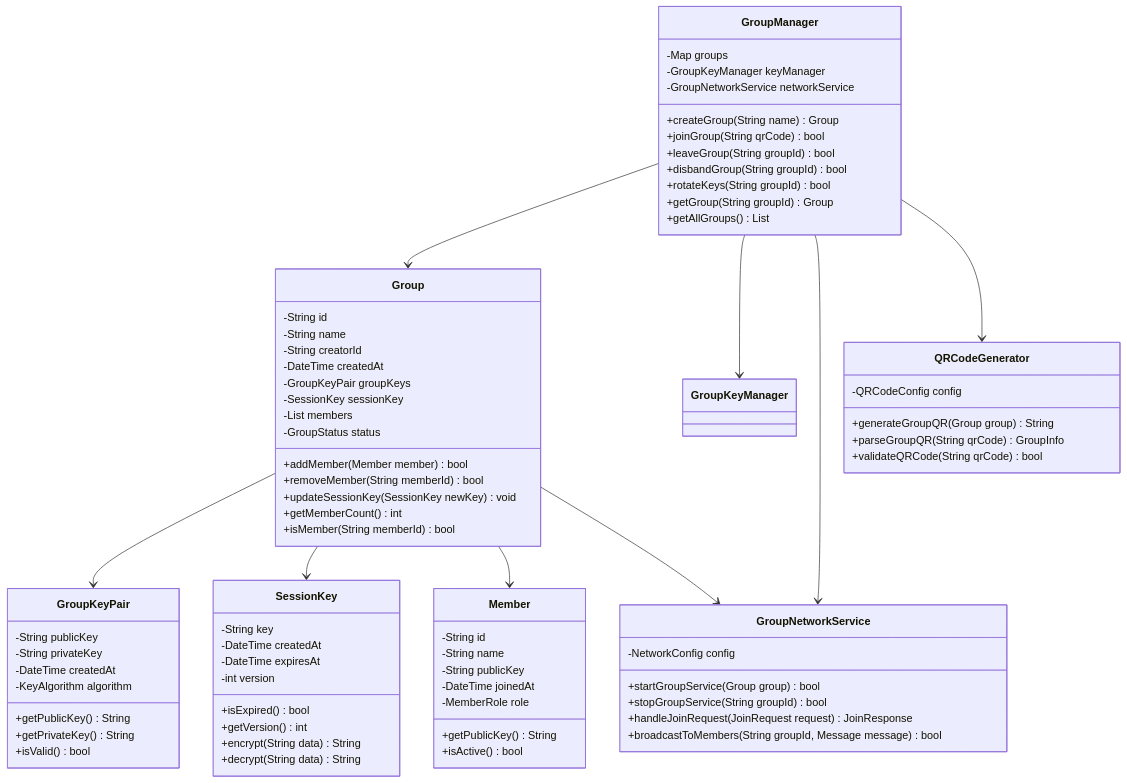
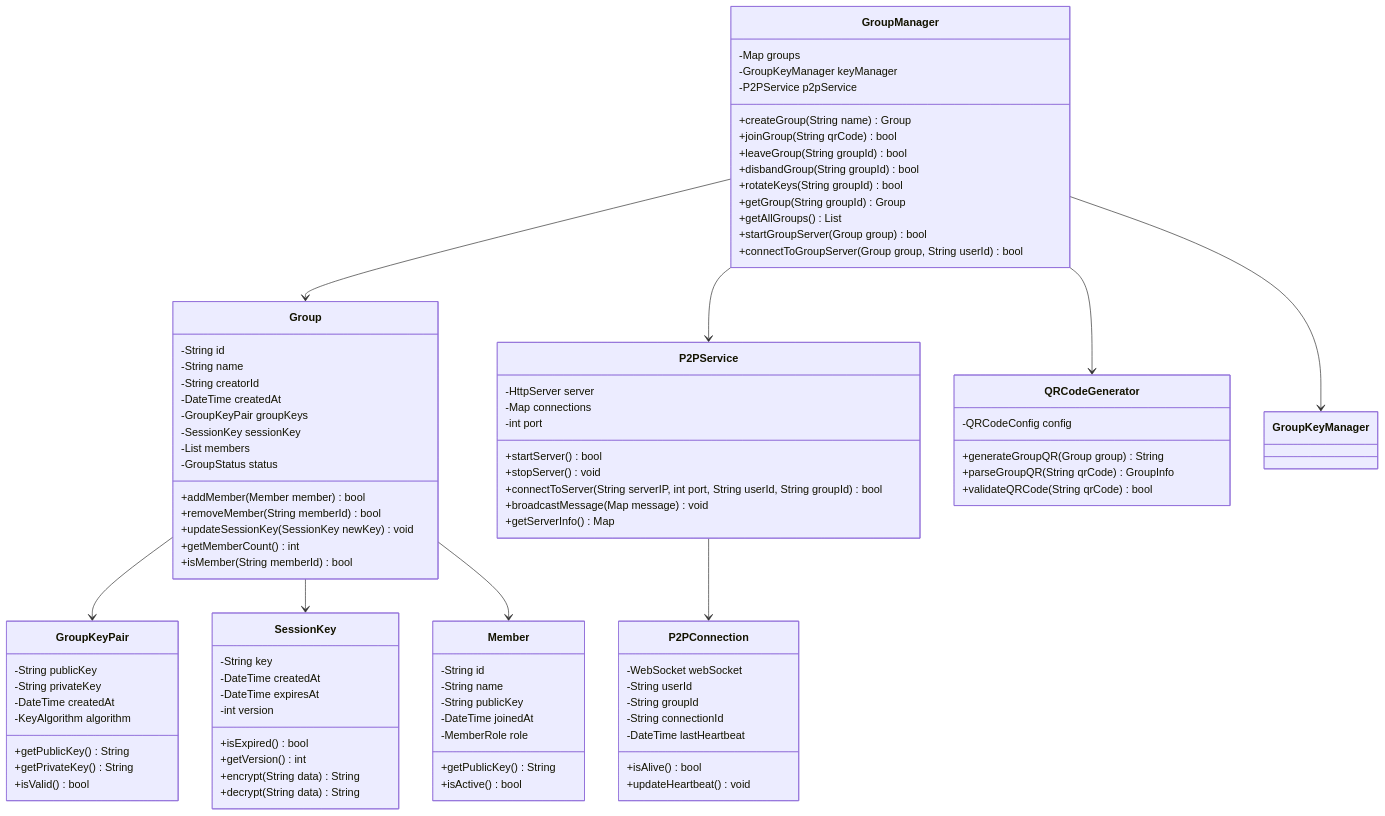
The first of 4 diagrams in 模块设计文档/01-群组管理模块详细设计.md (JOHNKING123/MyTestApp), drawn with Mermaid before and after one commit. The commit also changed other lines of this file and 9 other files, not shown here.

````diff
--- a/模块设计文档/01-群组管理模块详细设计.md
+++ b/模块设计文档/01-群组管理模块详细设计.md
@@ -13,7 +13,7 @@
     class GroupManager {
         -Map<String, Group> groups
         -GroupKeyManager keyManager
-        -GroupNetworkService networkService
+        -P2PService p2pService
         +createGroup(String name) Group
         +joinGroup(String qrCode) bool
         +leaveGroup(String groupId) bool
@@ -21,6 +21,8 @@
         +rotateKeys(String groupId) bool
         +getGroup(String groupId) Group
         +getAllGroups() List<Group>
+        +startGroupServer(Group group) bool
+        +connectToGroupServer(Group group, String userId) bool
     }
     
     class Group {
@@ -37,6 +39,27 @@
         +updateSessionKey(SessionKey newKey) void
         +getMemberCount() int
         +isMember(String memberId) bool
+    }
+    
+    class P2PService {
+        -HttpServer server
+        -Map<String, P2PConnection> connections
+        -int port
+        +startServer() bool
+        +stopServer() void
+        +connectToServer(String serverIP, int port, String userId, String groupId) bool
+        +broadcastMessage(Map<String, dynamic> message) void
+        +getServerInfo() Map<String, dynamic>
+    }
+    
+    class P2PConnection {
+        -WebSocket webSocket
+        -String userId
+        -String groupId
+        -String connectionId
+        -DateTime lastHeartbeat
+        +isAlive() bool
+        +updateHeartbeat() void
     }
     
     class GroupKeyPair {
@@ -77,20 +100,12 @@
         +validateQRCode(String qrCode) bool
     }
     
-    class GroupNetworkService {
-        -NetworkConfig config
-        +startGroupService(Group group) bool
-        +stopGroupService(String groupId) bool
-        +handleJoinRequest(JoinRequest request) JoinResponse
-        +broadcastToMembers(String groupId, Message message) bool
-    }
-    
     GroupManager --> Group
     GroupManager --> GroupKeyManager
-    GroupManager --> GroupNetworkService
+    GroupManager --> P2PService
     GroupManager --> QRCodeGenerator
     Group --> GroupKeyPair
     Group --> SessionKey
     Group --> Member
-    Group --> GroupNetworkService
+    P2PService --> P2PConnection
 ```
````
